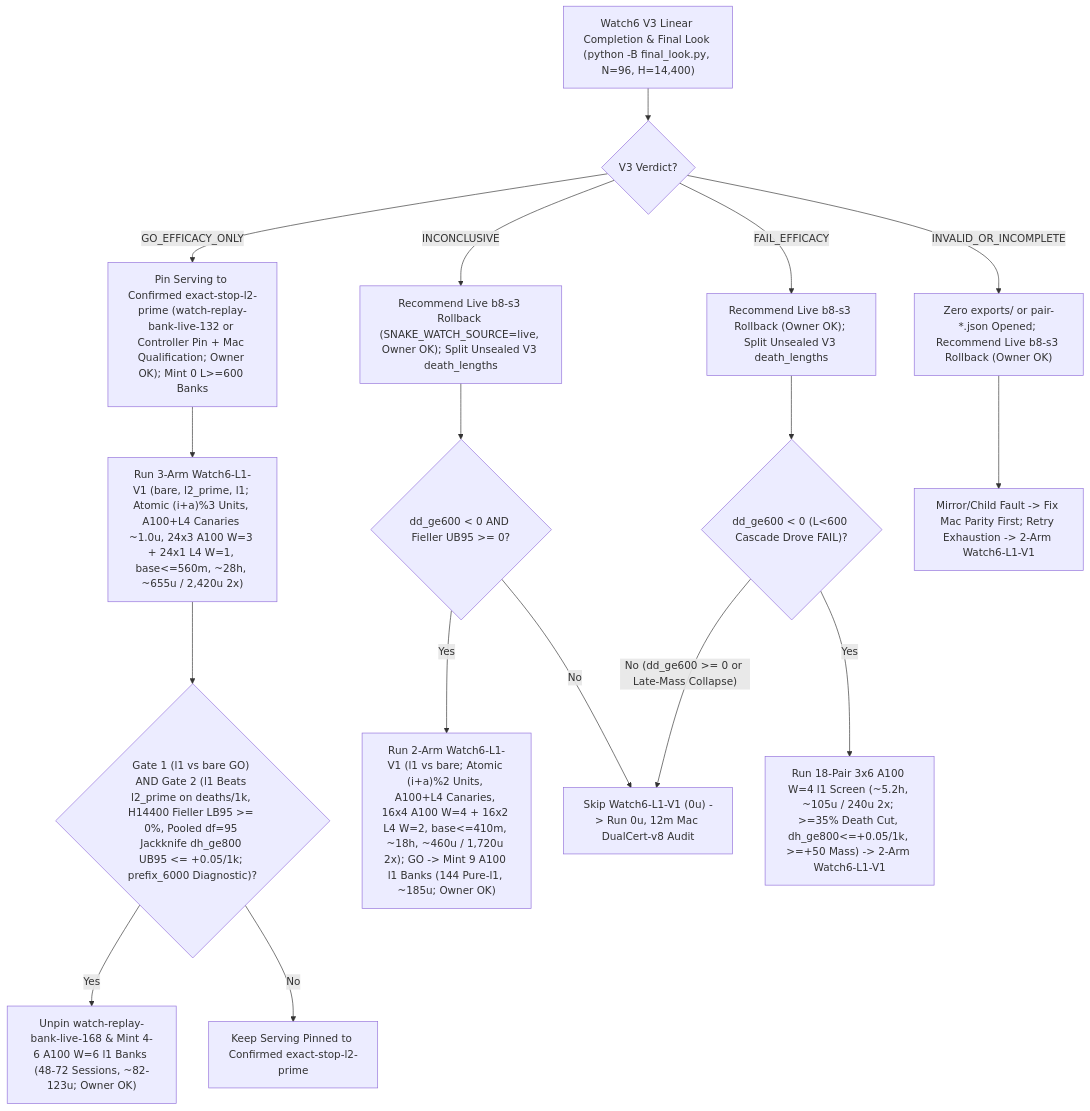
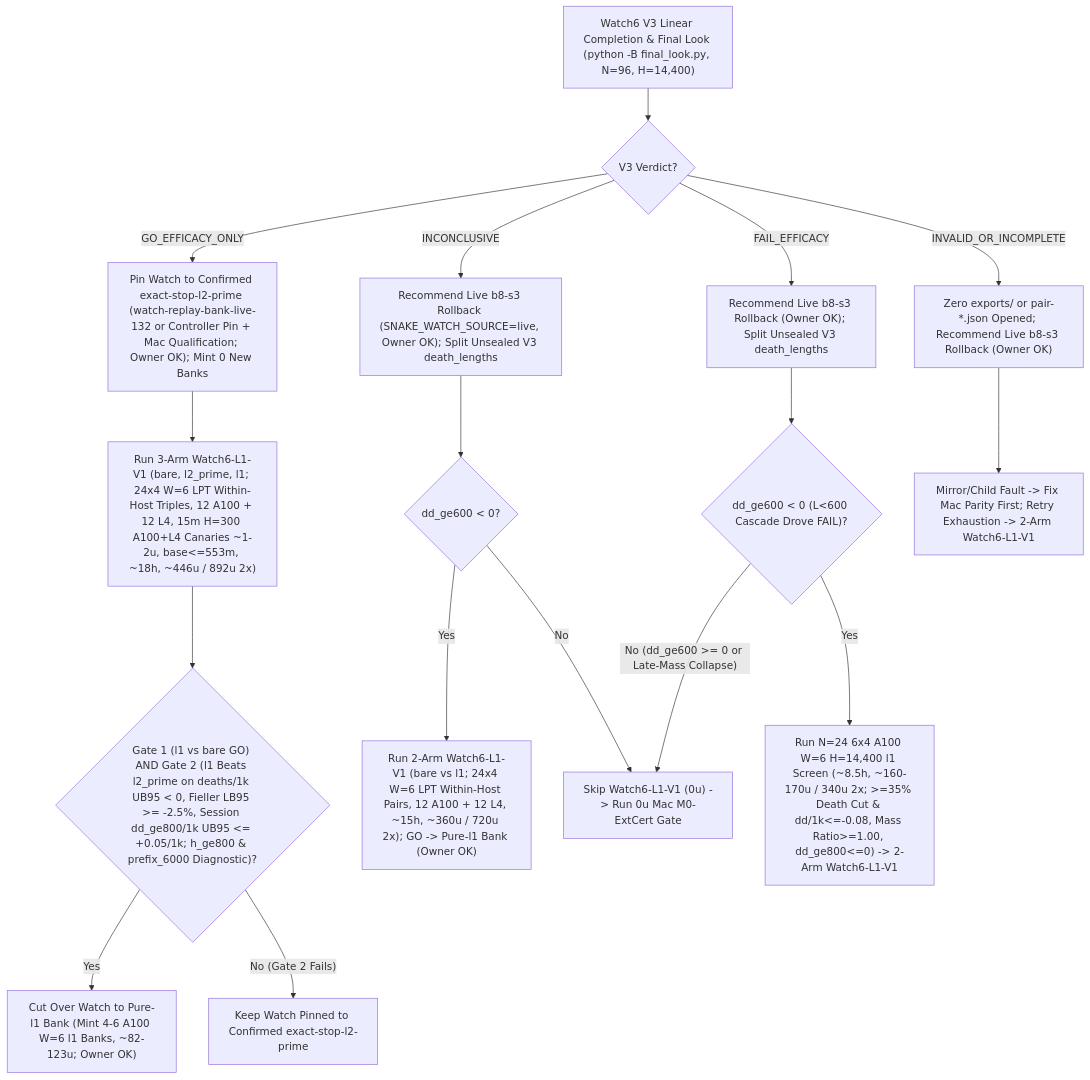
The diagram in docs/research/ROADMAP.md (josenunezwork/snake-dqn), drawn with Mermaid before and after one commit. The commit also changed other lines of this file, not shown here.

Commit message:
docs(roadmap): fold in round-09 synthesis as current and later-round advice

````diff
--- a/docs/research/ROADMAP.md
+++ b/docs/research/ROADMAP.md
@@ -97,19 +92,19 @@
 ```mermaid
 flowchart TD
     V3["Watch6 V3 Linear Completion & Final Look (python -B final_look.py, N=96, H=14,400)"] --> VERDICT{"V3 Verdict?"}
-    VERDICT -- "GO_EFFICACY_ONLY" --> PIN_L2["Pin Serving to Confirmed exact-stop-l2-prime (watch-replay-bank-live-132 or Controller Pin + Mac Qualification; Owner OK); Mint 0 L>=600 Banks"]
-    PIN_L2 --> L1_3ARM["Run 3-Arm Watch6-L1-V1 (bare, l2_prime, l1; Atomic (i+a)%3 Units, A100+L4 Canaries ~1.0u, 24x3 A100 W=3 + 24x1 L4 W=1, base<=560m, ~28h, ~655u / 2,420u 2x)"]
-    L1_3ARM --> GATE2{"Gate 1 (l1 vs bare GO) AND Gate 2 (l1 Beats l2_prime on deaths/1k, H14400 Fieller LB95 >= 0%, Pooled df=95 Jackknife dh_ge800 UB95 <= +0.05/1k; prefix_6000 Diagnostic)?"}
-    GATE2 -- "Yes" --> UNPIN168["Unpin watch-replay-bank-live-168 & Mint 4-6 A100 W=6 l1 Banks (48-72 Sessions, ~82-123u; Owner OK)"]
-    GATE2 -- "No" --> KEEP_L2["Keep Serving Pinned to Confirmed exact-stop-l2-prime"]
+    VERDICT -- "GO_EFFICACY_ONLY" --> PIN_L2["Pin Watch to Confirmed exact-stop-l2-prime (watch-replay-bank-live-132 or Controller Pin + Mac Qualification; Owner OK); Mint 0 New Banks"]
+    PIN_L2 --> L1_3ARM["Run 3-Arm Watch6-L1-V1 (bare, l2_prime, l1; 24x4 W=6 LPT Within-Host Triples, 12 A100 + 12 L4, 15m H=300 A100+L4 Canaries ~1-2u, base<=553m, ~18h, ~446u / 892u 2x)"]
+    L1_3ARM --> GATE2{"Gate 1 (l1 vs bare GO) AND Gate 2 (l1 Beats l2_prime on deaths/1k UB95 < 0, Fieller LB95 >= -2.5%, Session dd_ge800/1k UB95 <= +0.05/1k; h_ge800 & prefix_6000 Diagnostic)?"}
+    GATE2 -- "Yes" --> CUT_L1["Cut Over Watch to Pure-l1 Bank (Mint 4-6 A100 W=6 l1 Banks, ~82-123u; Owner OK)"]
+    GATE2 -- "No (Gate 2 Fails)" --> KEEP_L2["Keep Watch Pinned to Confirmed exact-stop-l2-prime"]
     VERDICT -- "INCONCLUSIVE" --> INC_RB["Recommend Live b8-s3 Rollback (SNAKE_WATCH_SOURCE=live, Owner OK); Split Unsealed V3 death_lengths"]
-    INC_RB --> INC_CHK{"dd_ge600 < 0 AND Fieller UB95 >= 0?"}
-    INC_CHK -- "Yes" --> L1_2ARM["Run 2-Arm Watch6-L1-V1 (l1 vs bare; Atomic (i+a)%2 Units, A100+L4 Canaries, 16x4 A100 W=4 + 16x2 L4 W=2, base<=410m, ~18h, ~460u / 1,720u 2x); GO -> Mint 9 A100 l1 Banks (144 Pure-l1, ~185u; Owner OK)"]
-    INC_CHK -- "No" --> DUAL["Skip Watch6-L1-V1 (0u) -> Run 0u, 12m Mac DualCert-v8 Audit"]
+    INC_RB --> INC_CHK{"dd_ge600 < 0?"}
+    INC_CHK -- "Yes" --> L1_2ARM["Run 2-Arm Watch6-L1-V1 (bare vs l1; 24x4 W=6 LPT Within-Host Pairs, 12 A100 + 12 L4, ~15h, ~360u / 720u 2x); GO -> Pure-l1 Bank (Owner OK)"]
+    INC_CHK -- "No" --> EXTCERT["Skip Watch6-L1-V1 (0u) -> Run 0u Mac M0-ExtCert Gate"]
     VERDICT -- "FAIL_EFFICACY" --> FAIL_RB["Recommend Live b8-s3 Rollback (Owner OK); Split Unsealed V3 death_lengths"]
     FAIL_RB --> FAIL_CHK{"dd_ge600 < 0 (L<600 Cascade Drove FAIL)?"}
-    FAIL_CHK -- "Yes" --> SCR18["Run 18-Pair 3x6 A100 W=4 l1 Screen (~5.2h, ~105u / 240u 2x; >=35% Death Cut, dh_ge800<=+0.05/1k, >=+50 Mass) -> 2-Arm Watch6-L1-V1"]
-    FAIL_CHK -- "No (dd_ge600 >= 0 or Late-Mass Collapse)" --> DUAL
+    FAIL_CHK -- "Yes" --> SCR24["Run N=24 6x4 A100 W=6 H=14,400 l1 Screen (~8.5h, ~160-170u / 340u 2x; >=35% Death Cut & dd/1k<=-0.08, Mass Ratio>=1.00, dd_ge800<=0) -> 2-Arm Watch6-L1-V1"]
+    FAIL_CHK -- "No (dd_ge600 >= 0 or Late-Mass Collapse)" --> EXTCERT
     VERDICT -- "INVALID_OR_INCOMPLETE" --> INV_RB["Zero exports/ or pair-*.json Opened; Recommend Live b8-s3 Rollback (Owner OK)"]
     INV_RB --> INV_FIX["Mirror/Child Fault -> Fix Mac Parity First; Retry Exhaustion -> 2-Arm Watch6-L1-V1"]
 ```
````
